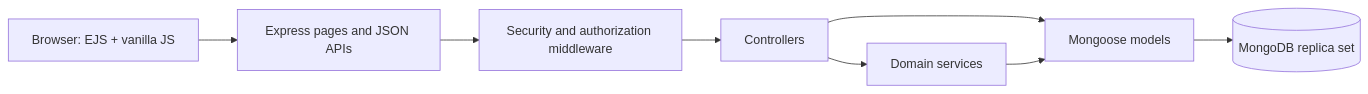
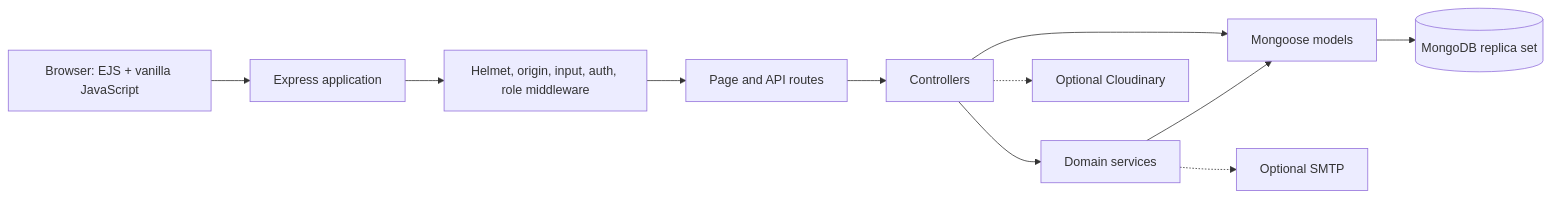
The second of 2 diagrams in README.md (Ashish-Vision/QuizMaster-Pro), drawn with Mermaid before and after one commit. The commit also changed other lines of this file and 8 other files, not shown here.

````diff
--- a/README.md
+++ b/README.md
@@ -52,10 +320,24 @@
 ```mermaid
 flowchart LR
-  Browser[Browser: EJS + vanilla JS] --> Express[Express pages and JSON APIs]
-  Express --> Security[Security and authorization middleware]
-  Security --> Controllers[Controllers]
-  Controllers --> Services[Domain services]
-  Controllers --> Models[Mongoose models]
+  Browser[Browser: EJS + vanilla JavaScript]
+  App[Express application]
+  Security[Helmet, origin, input, auth, role middleware]
+  Routes[Page and API routes]
+  Controllers[Controllers]
+  Services[Domain services]
+  Models[Mongoose models]
+  Mongo[(MongoDB replica set)]
+  SMTP[Optional SMTP]
+  Cloudinary[Optional Cloudinary]
+
+  Browser --> App
+  App --> Security
+  Security --> Routes
+  Routes --> Controllers
+  Controllers --> Services
+  Controllers --> Models
   Services --> Models
-  Models --> Mongo[(MongoDB replica set)]
+  Models --> Mongo
+  Services -.-> SMTP
+  Controllers -.-> Cloudinary
 ```
````
